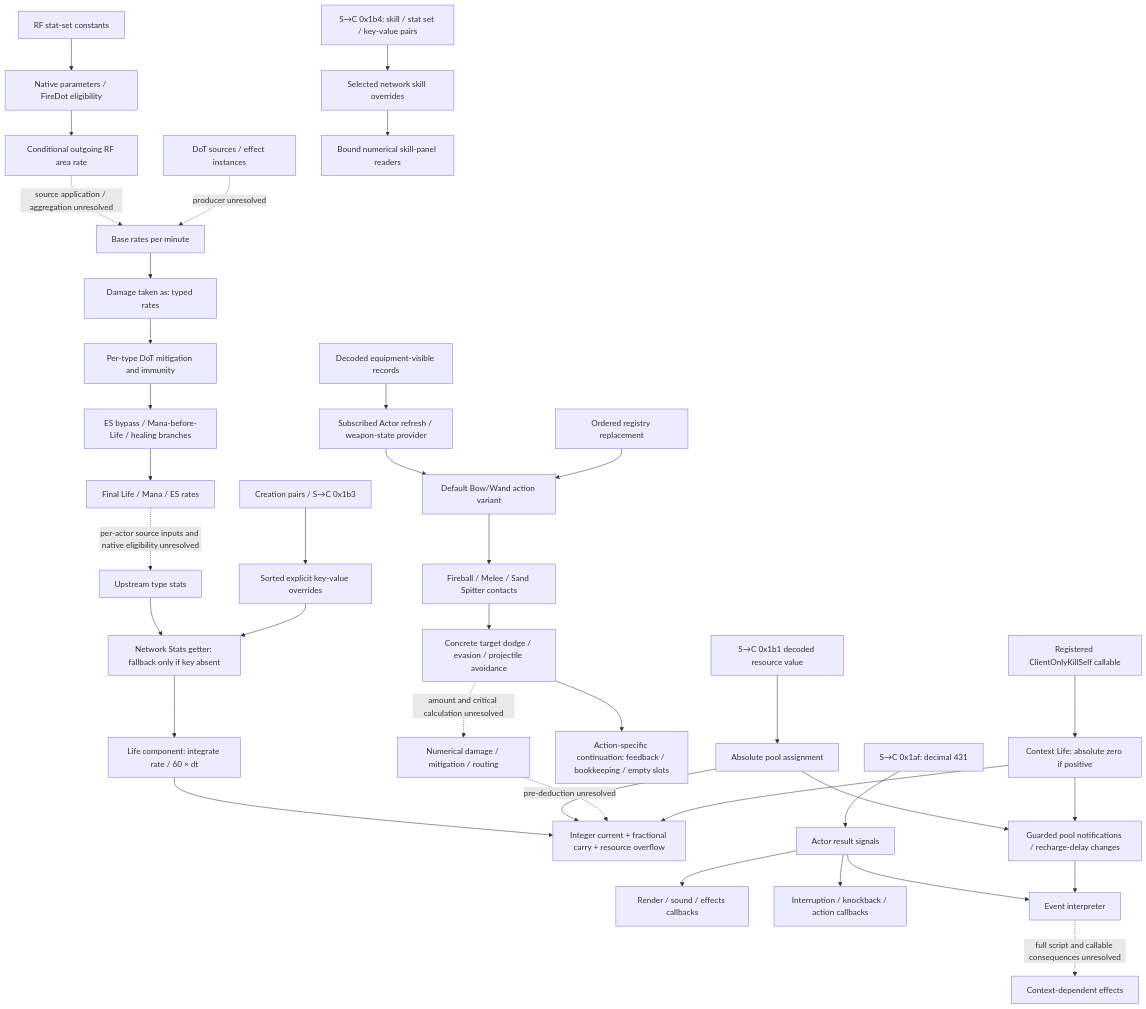
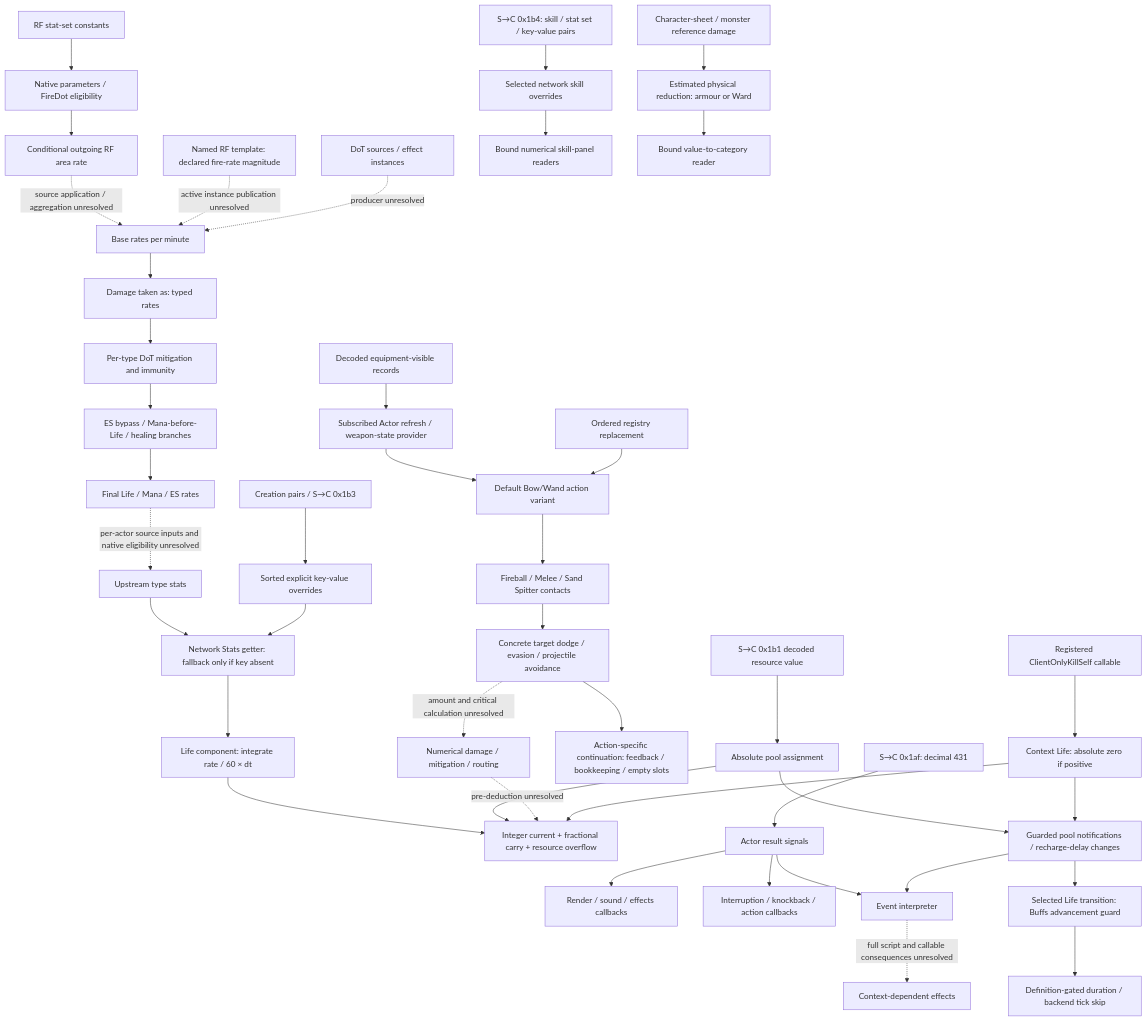
Before and after one commit to LiuJi-Jim/LocalExile: the diagram in Agents/docs/re/client-damage-calculation.md, drawn with Mermaid. The commit also changed other lines of this file and 11 other files, not shown here.

````diff
--- a/Agents/docs/re/client-damage-calculation.md
+++ b/Agents/docs/re/client-damage-calculation.md
@@ -72,39 +76,44 @@
 ```mermaid
 flowchart TD
   SKILLDATA[RF stat-set constants] --> RFPARAM[Native parameters / FireDot eligibility]
   RFPARAM --> RFOUT[Conditional outgoing RF area rate]
   RFOUT -. source application / aggregation unresolved .-> RAW
+  TEMPLATE[Named RF template: declared fire-rate magnitude] -. active instance publication unresolved .-> RAW
   SOURCES[DoT sources / effect instances] -. producer unresolved .-> RAW[Base rates per minute]
   RAW --> AS[Damage taken as: typed rates]
   AS --> MIT[Per-type DoT mitigation and immunity]
   MIT --> ROUTE[ES bypass / Mana-before-Life / healing branches]
   ROUTE --> FINAL[Final Life / Mana / ES rates]
   FINAL -. per-actor source inputs and native eligibility unresolved .-> TYPE[Upstream type stats]
   TYPE --> GET[Network Stats getter: fallback only if key absent]
   NET[Creation pairs / S→C 0x1b3] --> OVERRIDE[Sorted explicit key-value overrides]
   OVERRIDE --> GET
   SKILLNET[S→C 0x1b4: skill / stat set / key-value pairs] --> SKILLOVERRIDE[Selected network skill overrides]
   SKILLOVERRIDE --> PANEL[Bound numerical skill-panel readers]
   GET --> TICK[Life component: integrate rate / 60 × dt]
   TICK --> POOL[Integer current + fractional carry + resource overflow]
   CORRECTION[S→C 0x1b1 decoded resource value] --> SETTER[Absolute pool assignment]
   SETTER --> POOL
   SETTER --> NOTIFY[Guarded pool notifications / recharge-delay changes]
   HIT[Fireball / Melee / Sand Spitter contacts] --> AVOID[Concrete target dodge / evasion / projectile avoidance]
   EQUIP[Decoded equipment-visible records] --> WEAPON[Subscribed Actor refresh / weapon-state provider]
   WEAPON --> SELECT[Default Bow/Wand action variant]
   STARTUP[Ordered registry replacement] --> SELECT
   SELECT --> HIT
   AVOID --> CONTINUE[Action-specific continuation: feedback / bookkeeping / empty slots]
   AVOID -. amount and critical calculation unresolved .-> HITCALC[Numerical damage / mitigation / routing]
   HITCALC -. pre-deduction unresolved .-> POOL
   FEEDBACK[S→C 0x1af: decimal 431] --> ACTOR[Actor result signals]
   ACTOR --> RENDER[Render / sound / effects callbacks]
   ACTOR --> CONTROL[Interruption / knockback / action callbacks]
   ACTOR --> EVENT[Event interpreter]
   NOTIFY --> EVENT
+  NOTIFY --> CLOCKGUARD[Selected Life transition: Buffs advancement guard]
+  CLOCKGUARD --> CLOCK[Definition-gated duration / backend tick skip]
+  REFDAMAGE[Character-sheet / monster reference damage] --> DEFEST[Estimated physical reduction: armour or Ward]
+  DEFEST --> CATEGORY[Bound value-to-category reader]
   EVENT -. full script and callable consequences unresolved .-> EFFECTS[Context-dependent effects]
   NATIVE[Registered ClientOnlyKillSelf callable] --> ZERO[Context Life: absolute zero if positive]
   ZERO --> POOL
   ZERO --> NOTIFY
 ```
````
